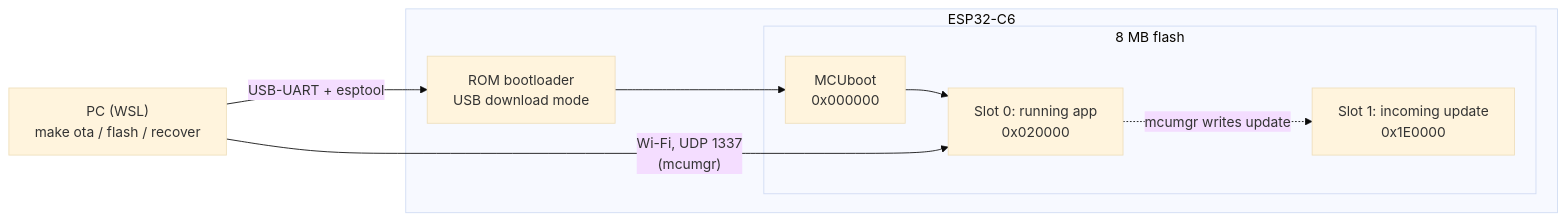
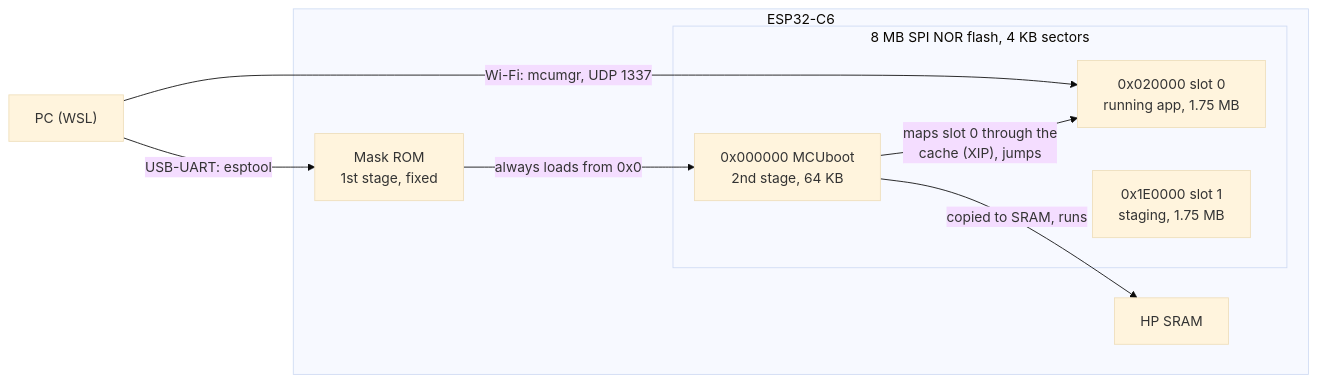
One commit to bbzorba/ESP32C6-Zephyr-IoT-Projects changed the first of 3 diagrams in applications/web_app/BOOTLOADER.md. Above: the diagram before and after it, drawn with Mermaid (base theme). The commit also changed other lines of this file and 13 other files, not shown here.

First line of the commit message:
web_app 1.2.3: bootloader update over Wi-Fi, faster Wi-Fi recovery, docs

````diff
--- a/applications/web_app/BOOTLOADER.md
+++ b/applications/web_app/BOOTLOADER.md
@@ -19,16 +9,17 @@
 ```mermaid
 flowchart LR
     subgraph CHIP["ESP32-C6"]
-        ROM["ROM bootloader<br/>USB download mode"]
-        subgraph FLASH["8 MB flash"]
-            MB["MCUboot<br/>0x000000"]
-            S0["Slot 0: running app<br/>0x020000"]
-            S1["Slot 1: incoming update<br/>0x1E0000"]
+        ROM["Mask ROM<br/>1st stage, fixed"]
+        subgraph FLASH["8 MB SPI NOR flash, 4 KB sectors"]
+            MB["0x000000 MCUboot<br/>2nd stage, 64 KB"]
+            S0["0x020000 slot 0<br/>running app, 1.75 MB"]
+            S1["0x1E0000 slot 1<br/>staging, 1.75 MB"]
         end
-        ROM --> MB --> S0
-        S0 -. "mcumgr writes update" .-> S1
+        SRAM["HP SRAM"]
+        ROM -- "always loads from 0x0" --> MB
+        MB -- "copied to SRAM, runs" --> SRAM
+        MB -- "maps slot 0 through the<br/>cache (XIP), jumps" --> S0
     end
-    PC["PC (WSL)<br/>make ota / flash / recover"]
-    PC -- "Wi-Fi, UDP 1337<br/>(mcumgr)" --> S0
-    PC -- "USB-UART + esptool" --> ROM
+    PC["PC (WSL)"] -- "Wi-Fi: mcumgr, UDP 1337" --> S0
+    PC -- "USB-UART: esptool" --> ROM
 ```
````
